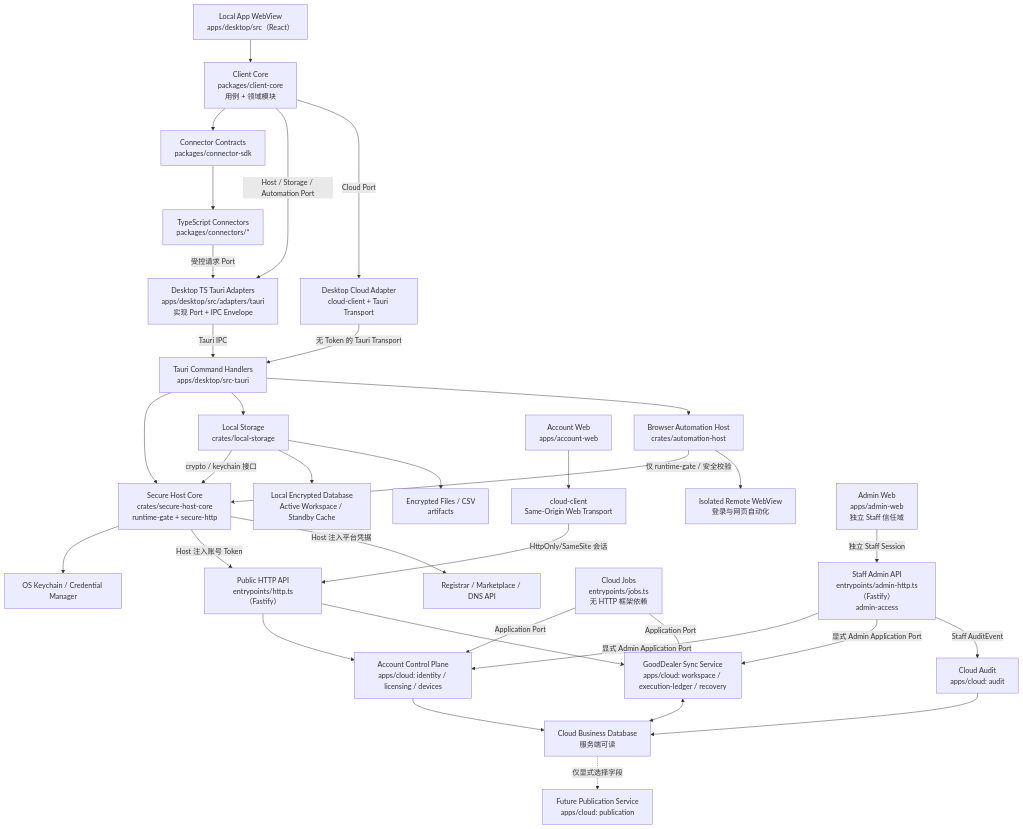
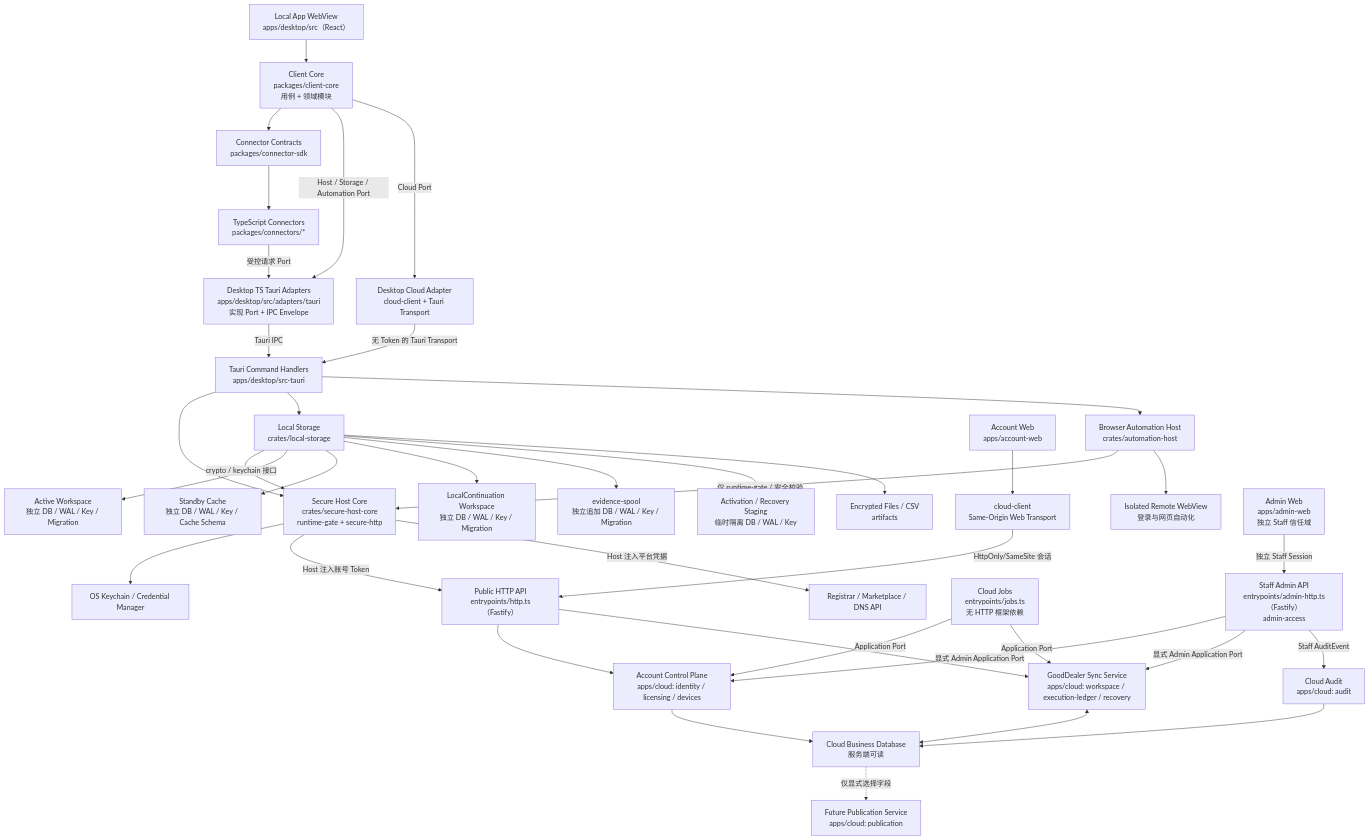
One commit to newcodebook/GoodDealer changed the diagram in docs/ARCHITECTURE.md. Above: the diagram before and after it, drawn with Mermaid. The commit also changed other lines of this file and 318 other files, not shown here.

````diff
--- a/docs/ARCHITECTURE.md
+++ b/docs/ARCHITECTURE.md
@@ -24,62 +27,70 @@
 ```mermaid
 flowchart TB
     UI["Local App WebView\napps/desktop/src（React）"]
     BROWSER["Isolated Remote WebView\n登录与网页自动化"]
     CORE["Client Core\npackages/client-core\n用例 + 领域模块"]
     TAURIADAPTER["Desktop TS Tauri Adapters\napps/desktop/src/adapters/tauri\n实现 Port + IPC Envelope"]
     DESKCLOUD["Desktop Cloud Adapter\ncloud-client + Tauri Transport"]
     PORTS["Connector Contracts\npackages/connector-sdk"]
     CONN["TypeScript Connectors\npackages/connectors/*"]
     TAURI["Tauri Command Handlers\napps/desktop/src-tauri"]
     HOST["Secure Host Core\ncrates/secure-host-core\nruntime-gate + secure-http"]
     STORAGE["Local Storage\ncrates/local-storage"]
-    DB["Local Encrypted Database\nActive Workspace / Standby Cache"]
+    ACTIVE_DB["Active Workspace\n独立 DB / WAL / Key / Migration"]
+    STANDBY_DB["Standby Cache\n独立 DB / WAL / Key / Cache Schema"]
+    SUNSET_DB["LocalContinuation Workspace\n独立 DB / WAL / Key / Migration"]
+    EVIDENCE_DB["evidence-spool\n独立追加 DB / WAL / Key / Migration"]
+    STAGING_DB["Activation / Recovery Staging\n临时隔离 DB / WAL / Key"]
     KEY["OS Keychain / Credential Manager"]
     FS["Encrypted Files / CSV\nartifacts"]
     AUTO["Browser Automation Host\ncrates/automation-host"]
     ACCWEB["Account Web\napps/account-web"]
     WEBCLIENT["cloud-client\nSame-Origin Web Transport"]
     ADMINWEB["Admin Web\napps/admin-web\n独立 Staff 信任域"]
     PUBLICAPI["Public HTTP API\nentrypoints/http.ts（Fastify）"]
     ADMINAPI["Staff Admin API\nentrypoints/admin-http.ts（Fastify）\nadmin-access"]
     JOBS["Cloud Jobs\nentrypoints/jobs.ts\n无 HTTP 框架依赖"]
     ACCOUNT["Account Control Plane\napps/cloud: identity / licensing / devices"]
     SYNC["GoodDealer Sync Service\napps/cloud: workspace / execution-ledger / recovery"]
     AUDIT["Cloud Audit\napps/cloud: audit"]
     CLOUDDB["Cloud Business Database\n服务端可读"]
     PUBLIC["Future Publication Service\napps/cloud: publication"]
     PLATFORM["Registrar / Marketplace / DNS API"]
 
     UI --> CORE
     CORE --> PORTS --> CONN
     CORE -->|"Host / Storage / Automation Port"| TAURIADAPTER
     CORE -->|"Cloud Port"| DESKCLOUD
     CONN -->|"受控请求 Port"| TAURIADAPTER
     DESKCLOUD -->|"无 Token 的 Tauri Transport"| TAURI
     TAURIADAPTER -->|"Tauri IPC"| TAURI
     TAURI --> HOST
     TAURI --> STORAGE
     TAURI --> AUTO
     STORAGE -->|"crypto / keychain 接口"| HOST
-    STORAGE --> DB
+    STORAGE --> ACTIVE_DB
+    STORAGE --> STANDBY_DB
+    STORAGE --> SUNSET_DB
+    STORAGE --> EVIDENCE_DB
+    STORAGE --> STAGING_DB
     STORAGE --> FS
     HOST --> KEY
     HOST -->|"Host 注入账号 Token"| PUBLICAPI
     HOST -->|"Host 注入平台凭据"| PLATFORM
     AUTO -->|"仅 runtime-gate / 安全校验"| HOST
     AUTO --> BROWSER
     ACCWEB --> WEBCLIENT
     WEBCLIENT -->|"HttpOnly/SameSite 会话"| PUBLICAPI
     PUBLICAPI --> ACCOUNT
     PUBLICAPI --> SYNC
     ADMINWEB -->|"独立 Staff Session"| ADMINAPI
     ADMINAPI -->|"显式 Admin Application Port"| ACCOUNT
     ADMINAPI -->|"显式 Admin Application Port"| SYNC
     ADMINAPI -->|"Staff AuditEvent"| AUDIT
     JOBS -->|"Application Port"| ACCOUNT
     JOBS -->|"Application Port"| SYNC
     AUDIT --> CLOUDDB
     ACCOUNT --> CLOUDDB
     SYNC <--> CLOUDDB
     CLOUDDB -. "仅显式选择字段" .-> PUBLIC
 ```
````
